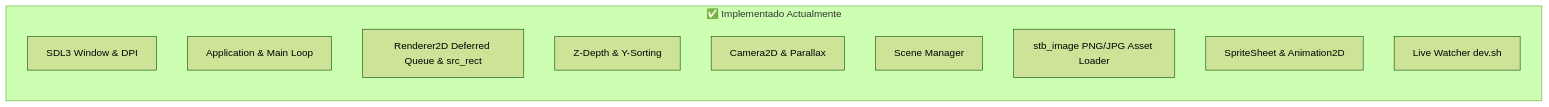
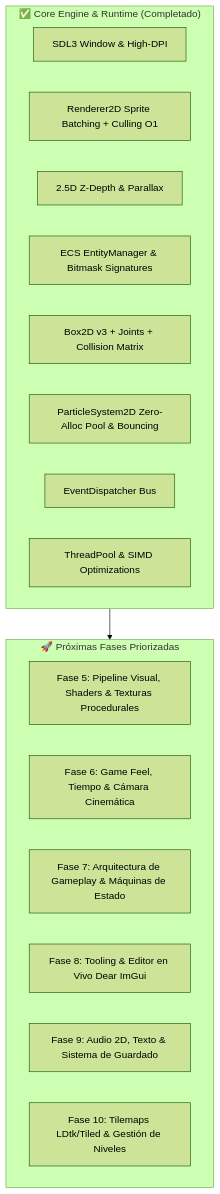
The diagram in ROADMAP.md (pablogtab/engine-2d), drawn with Mermaid (forest theme) before and after one commit. The commit also changed other lines of this file and 4 other files, not shown here.

````diff
--- a/ROADMAP.md
+++ b/ROADMAP.md
@@ -9,14 +9,24 @@
 ```mermaid
-graph LR
-    subgraph Actual ["✅ Implementado Actualmente"]
-        A[SDL3 Window & DPI]
-        B[Application & Main Loop]
-        C[Renderer2D Deferred Queue & src_rect]
-        D[Z-Depth & Y-Sorting]
-        E[Camera2D & Parallax]
-        F[Scene Manager]
-        G[stb_image PNG/JPG Asset Loader]
-        H[SpriteSheet & Animation2D]
-        I[Live Watcher dev.sh]
+graph TD
+    subgraph CoreEngine ["✅ Core Engine & Runtime (Completado)"]
+        SDL[SDL3 Window & High-DPI]
+        Renderer[Renderer2D Sprite Batching + Culling O1]
+        Depth[2.5D Z-Depth & Parallax]
+        ECS[ECS EntityManager & Bitmask Signatures]
+        Physics[Box2D v3 + Joints + Collision Matrix]
+        Particles[ParticleSystem2D Zero-Alloc Pool & Bouncing]
+        Events[EventDispatcher Bus]
+        Async[ThreadPool & SIMD Optimizations]
     end
+
+    subgraph Upcoming ["🚀 Próximas Fases Priorizadas"]
+        P1[Fase 5: Pipeline Visual, Shaders & Texturas Procedurales]
+        P2[Fase 6: Game Feel, Tiempo & Cámara Cinemática]
+        P3[Fase 7: Arquitectura de Gameplay & Máquinas de Estado]
+        P4[Fase 8: Tooling & Editor en Vivo Dear ImGui]
+        P5[Fase 9: Audio 2D, Texto & Sistema de Guardado]
+        P6[Fase 10: Tilemaps LDtk/Tiled & Gestión de Niveles]
+    end
+
+    CoreEngine --> Upcoming
 ```
````
